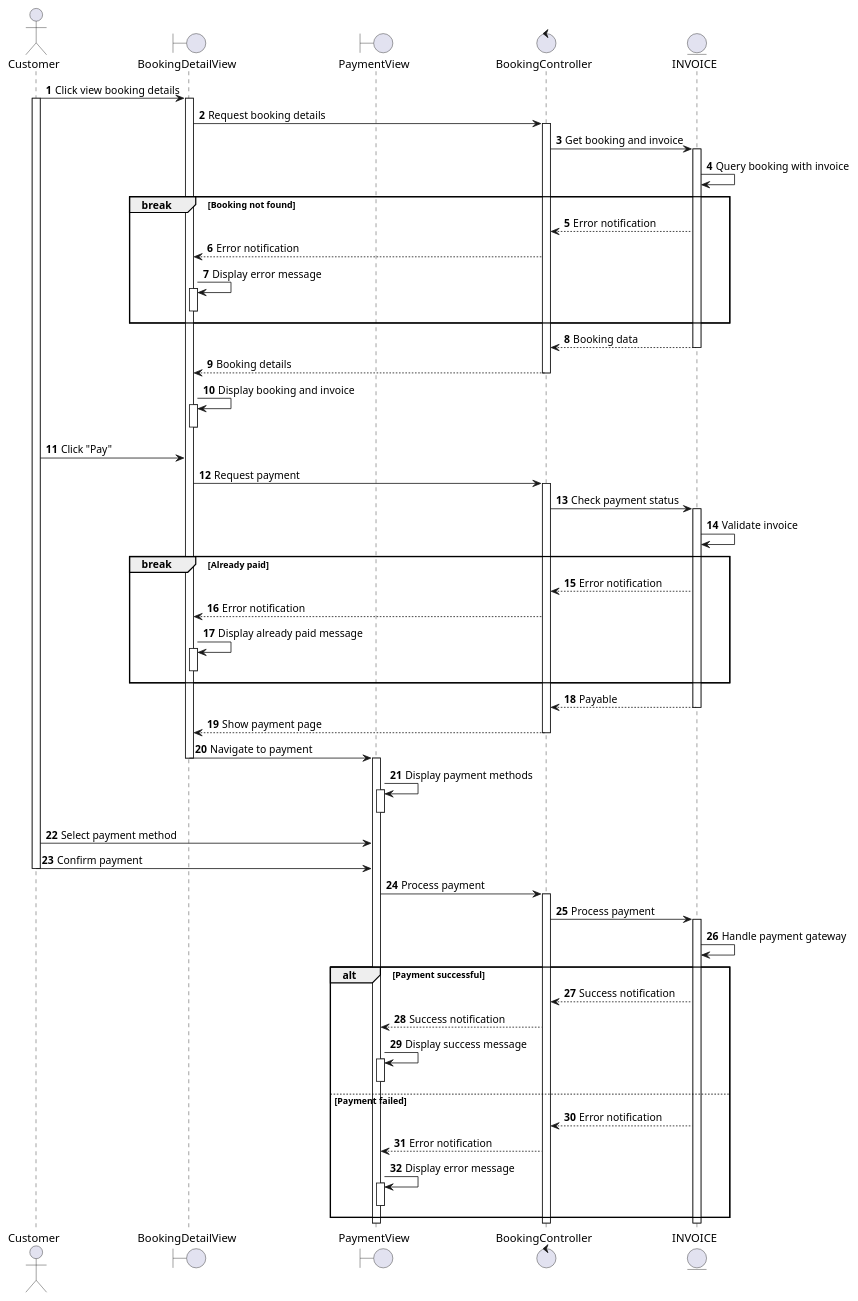
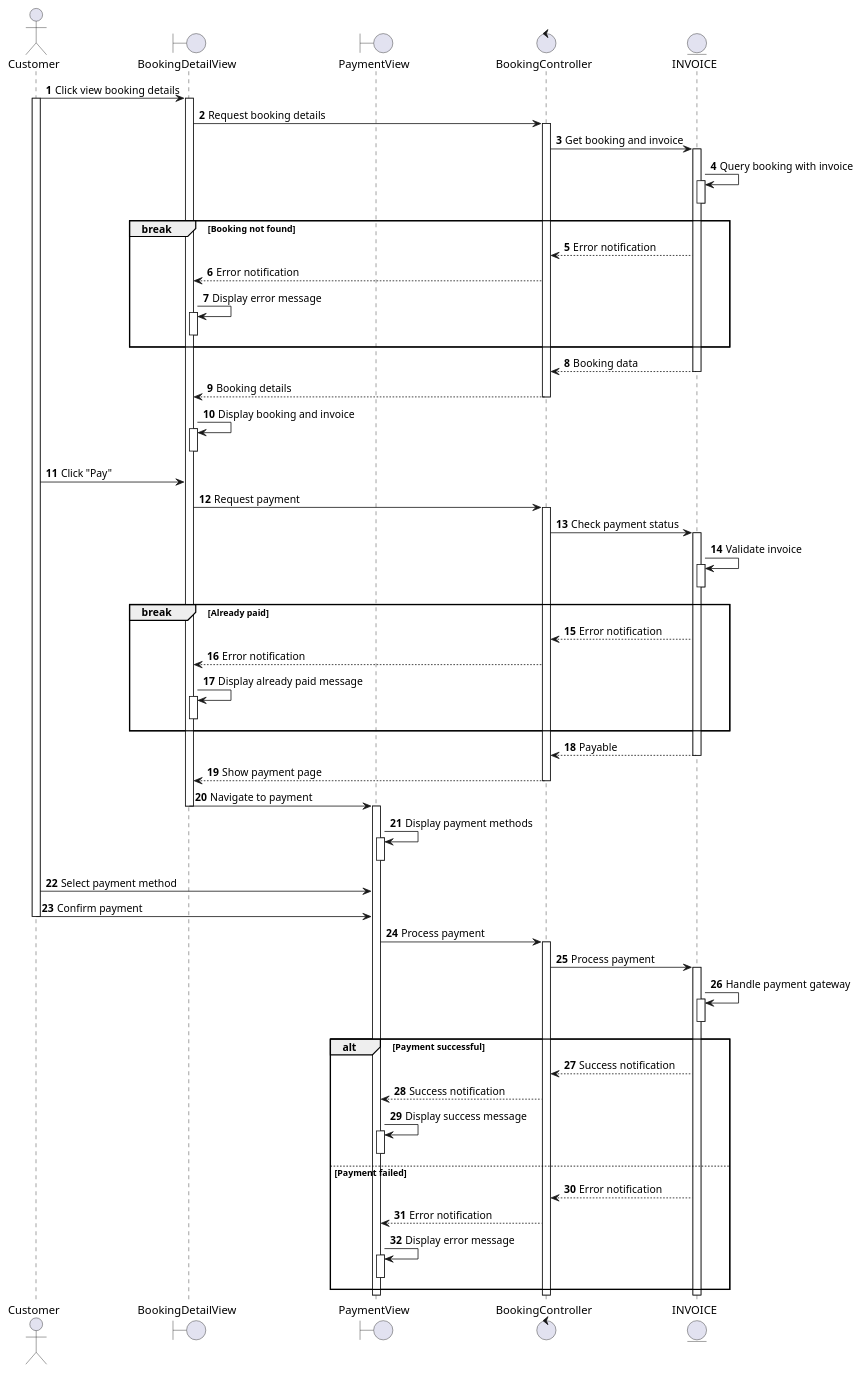
One commit to se113-wm/se113-wm.github.io changed the diagram in docs/docs/sequence/manage-personal-booking/view-and-pay-booking-invoice-details.md. Above: the diagram before and after it, drawn with PlantUML. The commit also changed 37 other files, not shown here.

First line of the commit message:
Refactor sequence diagrams for booking and trip management

```diff
--- a/docs/docs/sequence/manage-personal-booking/view-and-pay-booking-invoice-details.md
+++ b/docs/docs/sequence/manage-personal-booking/view-and-pay-booking-invoice-details.md
@@ -18,6 +18,8 @@
 BC -> I: Get booking and invoice
 activate I
 I -> I: Query booking with invoice
+activate I
+deactivate I
 
 break Booking not found
   BC <-- I: Error notification
@@ -41,6 +43,9 @@
 BC -> I: Check payment status
 activate I
 I -> I: Validate invoice
+activate I
+deactivate I
+
 
 break Already paid
   BC <-- I: Error notification
@@ -69,6 +74,9 @@
 BC -> I: Process payment
 activate I
 I -> I: Handle payment gateway
+activate I
+deactivate I
+
 
 alt Payment successful
   BC <-- I: Success notification
```
